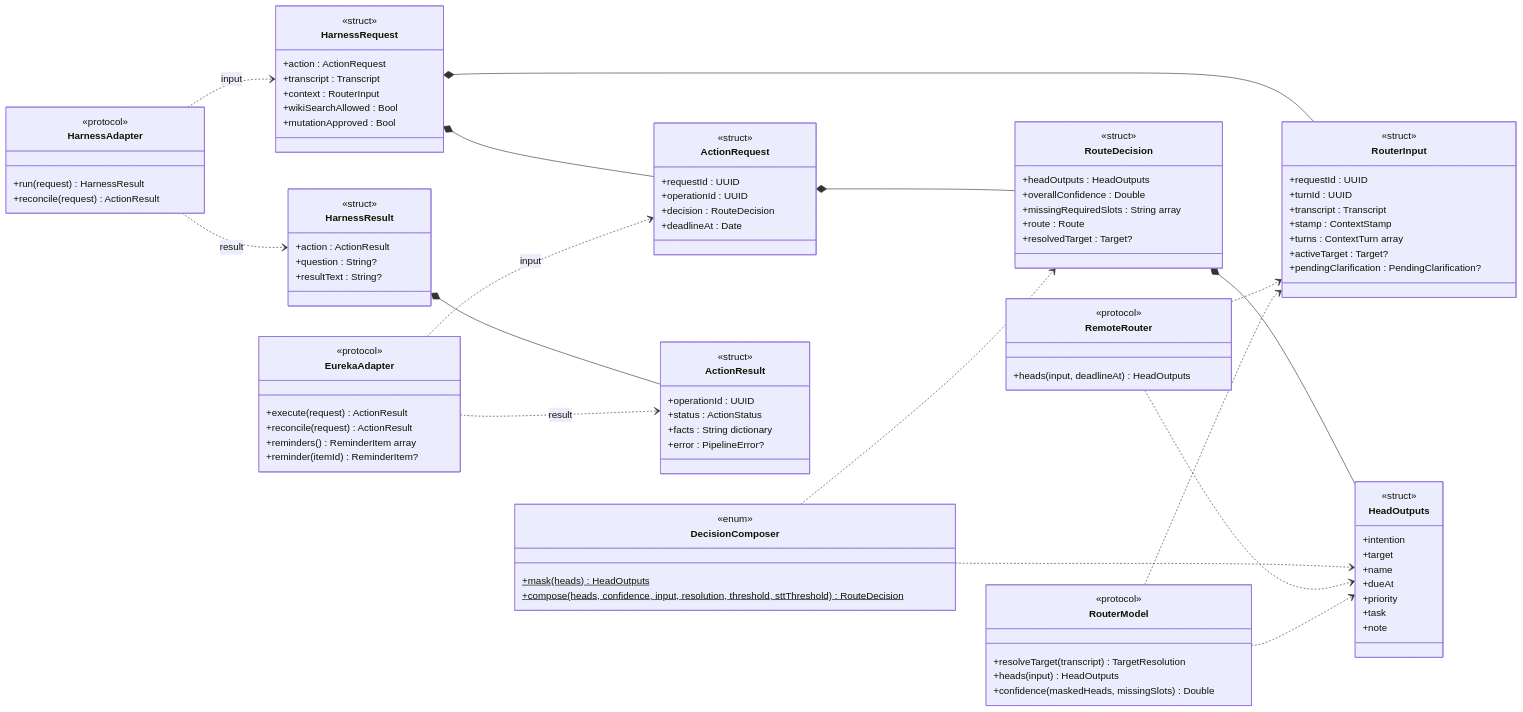
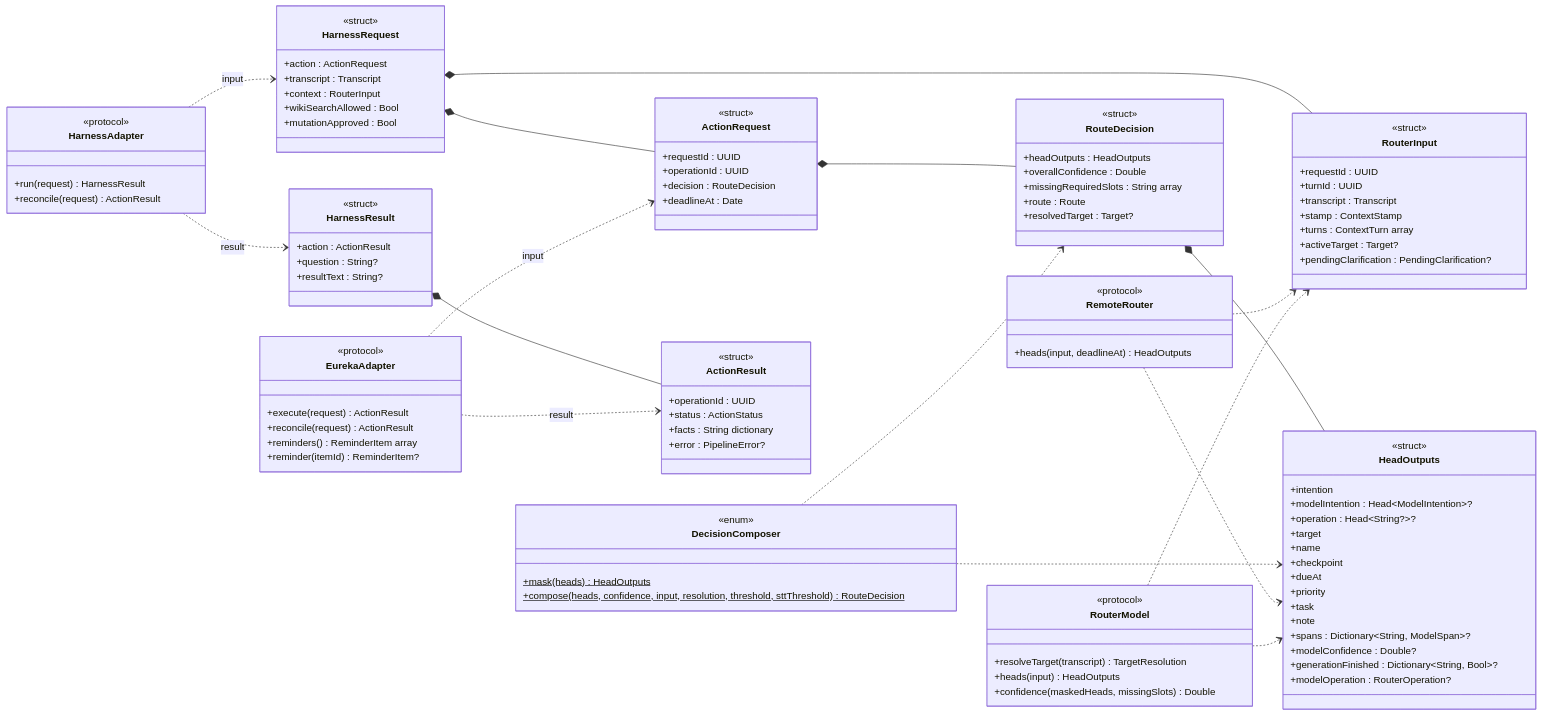
Before and after one commit to HansolSon1113/deskpet-pipeline: the fifth of 7 diagrams in docs/class-diagrams.md, drawn with Mermaid. The commit also changed 61 other files, not shown here.

```diff
--- a/docs/class-diagrams.md
+++ b/docs/class-diagrams.md
@@ -357,12 +357,19 @@
   class HeadOutputs {
     <<struct>>
     +intention
+    +modelIntention : Head~ModelIntention~?
+    +operation : Head~String?~?
     +target
     +name
+    +checkpoint
     +dueAt
     +priority
     +task
     +note
+    +spans : Dictionary~String, ModelSpan~?
+    +modelConfidence : Double?
+    +generationFinished : Dictionary~String, Bool~?
+    +modelOperation : RouterOperation?
   }
   class DecisionComposer {
     <<enum>>
```
